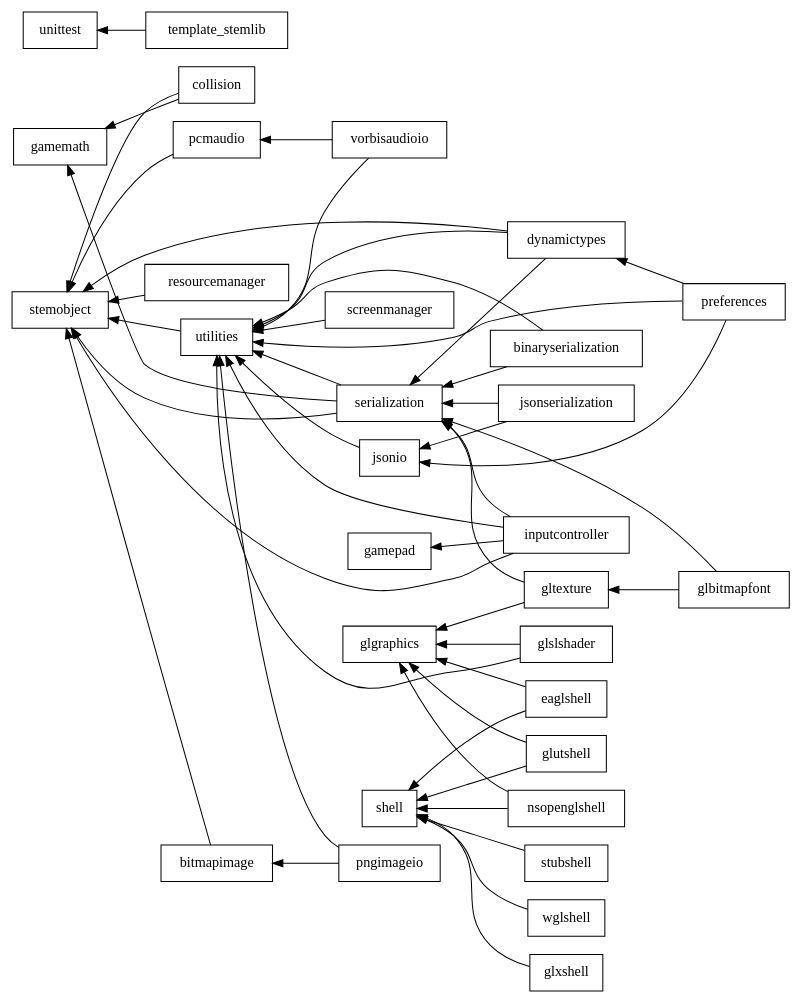
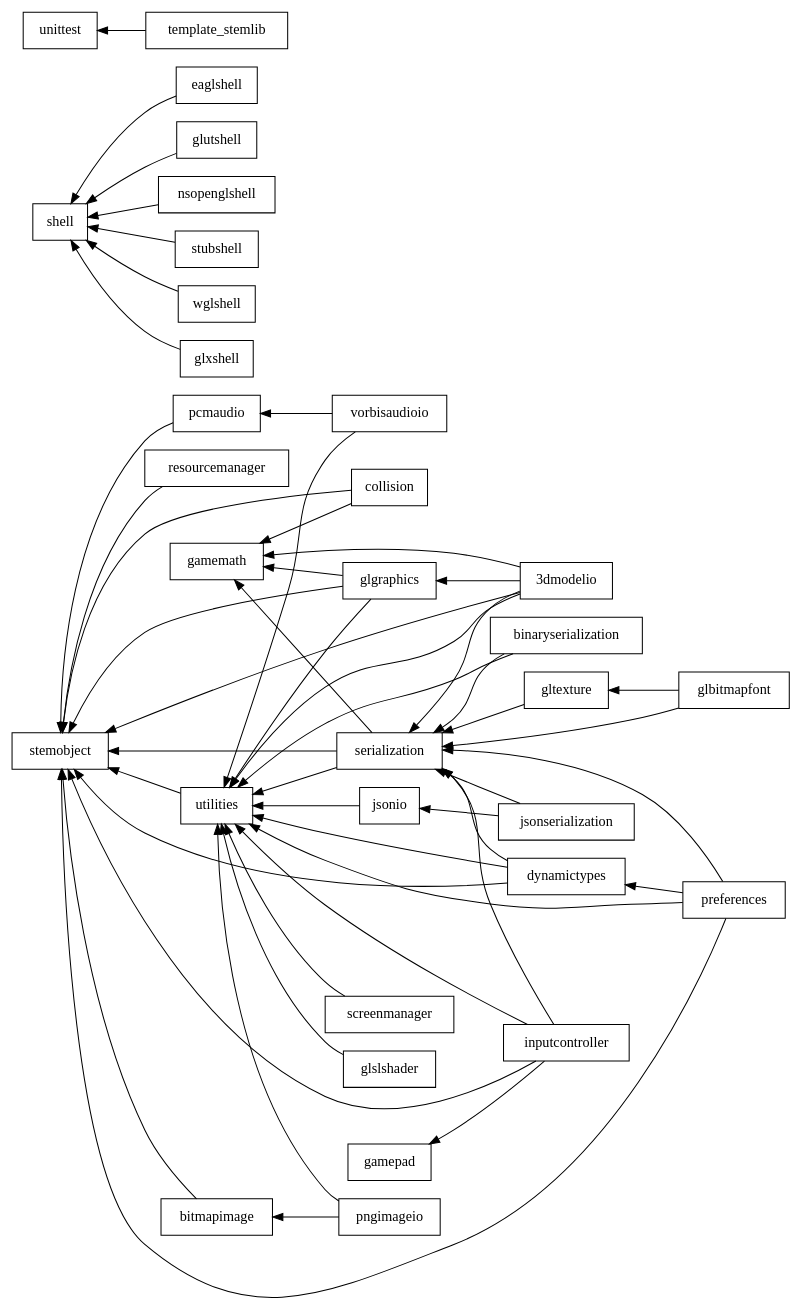
The diagram in meta/stem.dot (NearlyTRex/Stem), drawn with Graphviz before and after one commit.

Commit message:
Old changes to stem.dot; don't know what's in it, probably doesn't matter

```diff
--- a/meta/stem.dot
+++ b/meta/stem.dot
@@ -1,47 +1,47 @@
 digraph stem {
 	graph [rankdir=LR];
 	node [shape=box];
 	edge [dir=back];
 	
-	gamemath -> {collision; serialization};
-	preferences;
-	serialization -> {binaryserialization; dynamictypes; glbitmapfont; gltexture; inputcontroller; jsonserialization}
+	gamemath -> {collision; glgraphics; serialization; "3dmodelio"}
+	serialization -> {"3dmodelio"; binaryserialization; dynamictypes; glbitmapfont; gltexture; inputcontroller; jsonserialization; preferences}
 	shell -> {eaglshell; glutshell; nsopenglshell; stubshell; wglshell; glxshell};
-	stemobject -> {bitmapimage; collision; dynamictypes; inputcontroller; pcmaudio; resourcemanager; serialization; utilities};
-	unittest -> template_stemlib;
+	stemobject -> {"3dmodelio"; bitmapimage; collision; dynamictypes; glgraphics; inputcontroller; pcmaudio; preferences; resourcemanager; serialization; utilities};
+	unittest -> template_stemlib
 	gamepad;
 	
 	bitmapimage -> pngimageio;
-	glgraphics -> {eaglshell; gltexture; glutshell; glslshader; nsopenglshell};
+	glgraphics -> {"3dmodelio"};
 	pcmaudio -> vorbisaudioio;
-	utilities -> {jsonio; pngimageio; preferences; screenmanager; binaryserialization; glslshader; vorbisaudioio; inputcontroller; serialization; dynamictypes};
+	utilities -> {"3dmodelio"; glgraphics; jsonio; pngimageio; preferences; screenmanager; binaryserialization; glslshader; vorbisaudioio; inputcontroller; serialization; dynamictypes};
 	
 	dynamictypes -> preferences;
 	
 	gamepad -> inputcontroller;
 	gltexture -> glbitmapfont;
-	jsonio -> {jsonserialization; preferences};
+	jsonio -> jsonserialization;
 	
 	shell [group="shells"];
 	eaglshell [group="shells"];
 	glutshell [group="shells"];
 	glxshell [group="shells"];
 	nsopenglshell [group="shells"];
 	stubshell [group="shells"];
 	wglshell [group="shells"];
 	
 	serialization [group="serialization"];
 	binaryserialization [group="serialization"];
 	jsonserialization [group="serialization"];
 	
+	"3dmodelio" [group="opengl"];
 	glgraphics [group="opengl"];
 	gltexture [group="opengl"];
 	glbitmapfont [group="opengl"];
 	glslshader [group="opengl"];
 	
 	bitmapimage [group="image"];
 	pngimageio [group="image"];
 	
 	pcmaudio [group="audio"];
 	vorbisaudioio [group="audio"];
 }
```
